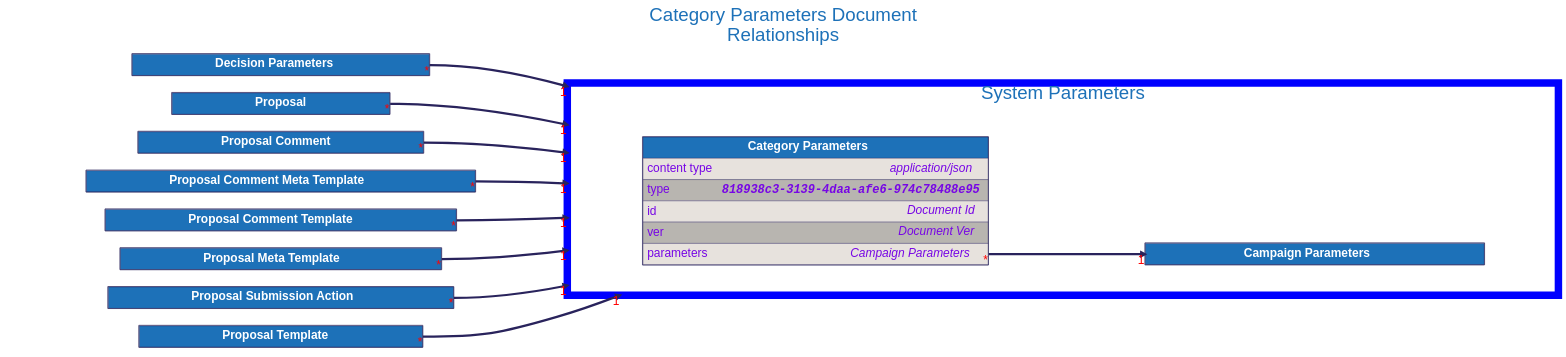
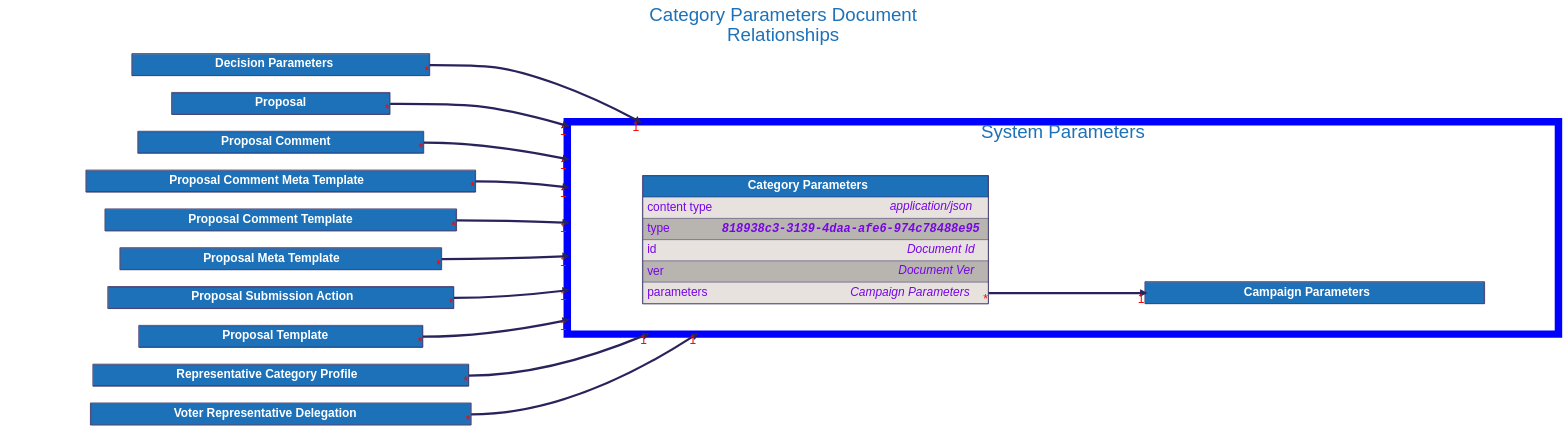
Before and after one commit to input-output-hk/catalyst-libs: the diagram in docs/src/architecture/08_concepts/signed_doc/diagrams/category_parameters.dot, drawn with Graphviz. The commit also changed 31 other files, not shown here.

Commit message:
docs(docs): Added specification files for drep and voter delegation, drep profiles. Content of templates to be updated later

```diff
--- a/docs/src/architecture/08_concepts/signed_doc/diagrams/category_parameters.dot
+++ b/docs/src/architecture/08_concepts/signed_doc/diagrams/category_parameters.dot
@@ -219,6 +219,36 @@
     ];
 
 
+    "Representative Category Profile" [
+        id="Representative Category Profile";
+        label=<
+            <TABLE BORDER="2" COLOR="#29235c" CELLBORDER="1" CELLSPACING="0" CELLPADDING="10">
+            <TR>
+                <TD PORT="title" BGCOLOR="#1d71b8" HREF="../representative_category_profile/">
+                    <FONT COLOR="#ffffff"><B> Representative Category Profile </B></FONT>
+                </TD>
+            </TR>
+
+            </TABLE>
+        >
+    ];
+
+
+    "Voter Representative Delegation" [
+        id="Voter Representative Delegation";
+        label=<
+            <TABLE BORDER="2" COLOR="#29235c" CELLBORDER="1" CELLSPACING="0" CELLPADDING="10">
+            <TR>
+                <TD PORT="title" BGCOLOR="#1d71b8" HREF="../voter_representative_delegation/">
+                    <FONT COLOR="#ffffff"><B> Voter Representative Delegation </B></FONT>
+                </TD>
+            </TR>
+
+            </TABLE>
+        >
+    ];
+
+
     "Category Parameters":"parameters":e -> "Campaign Parameters":"title":w [dir=forward, penwidth=6, color="#29235c", headlabel="1", taillabel="*"]
     "Decision Parameters":"title":e -> "Category Parameters" [dir=forward, penwidth=6, color="#29235c", headlabel="1", taillabel="*", lhead="cluster_system_parameters"]
     "Proposal":"title":e -> "Category Parameters" [dir=forward, penwidth=6, color="#29235c", headlabel="1", taillabel="*", lhead="cluster_system_parameters"]
@@ -228,4 +258,6 @@
     "Proposal Meta Template":"title":e -> "Category Parameters" [dir=forward, penwidth=6, color="#29235c", headlabel="1", taillabel="*", lhead="cluster_system_parameters"]
     "Proposal Submission Action":"title":e -> "Category Parameters" [dir=forward, penwidth=6, color="#29235c", headlabel="1", taillabel="*", lhead="cluster_system_parameters"]
     "Proposal Template":"title":e -> "Category Parameters" [dir=forward, penwidth=6, color="#29235c", headlabel="1", taillabel="*", lhead="cluster_system_parameters"]
+    "Representative Category Profile":"title":e -> "Category Parameters" [dir=forward, penwidth=6, color="#29235c", headlabel="1", taillabel="*", lhead="cluster_system_parameters"]
+    "Voter Representative Delegation":"title":e -> "Category Parameters" [dir=forward, penwidth=6, color="#29235c", headlabel="1", taillabel="*", lhead="cluster_system_parameters"]
 }
```
